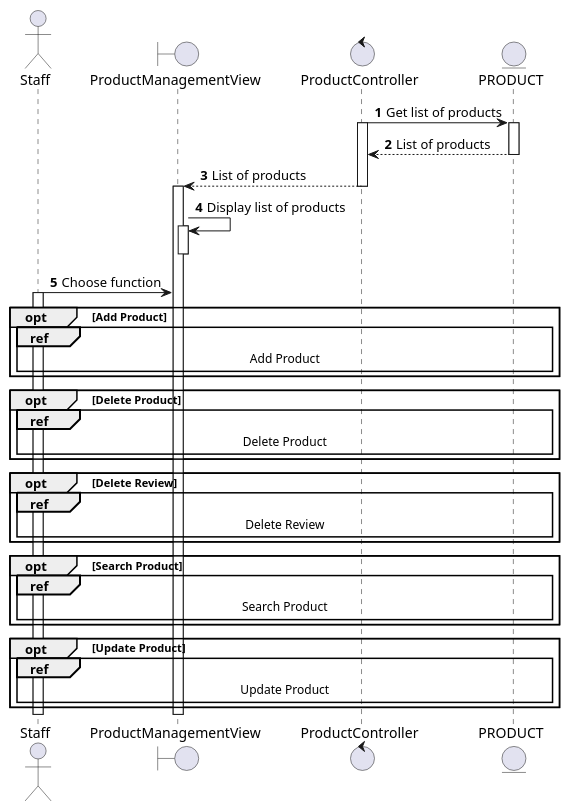
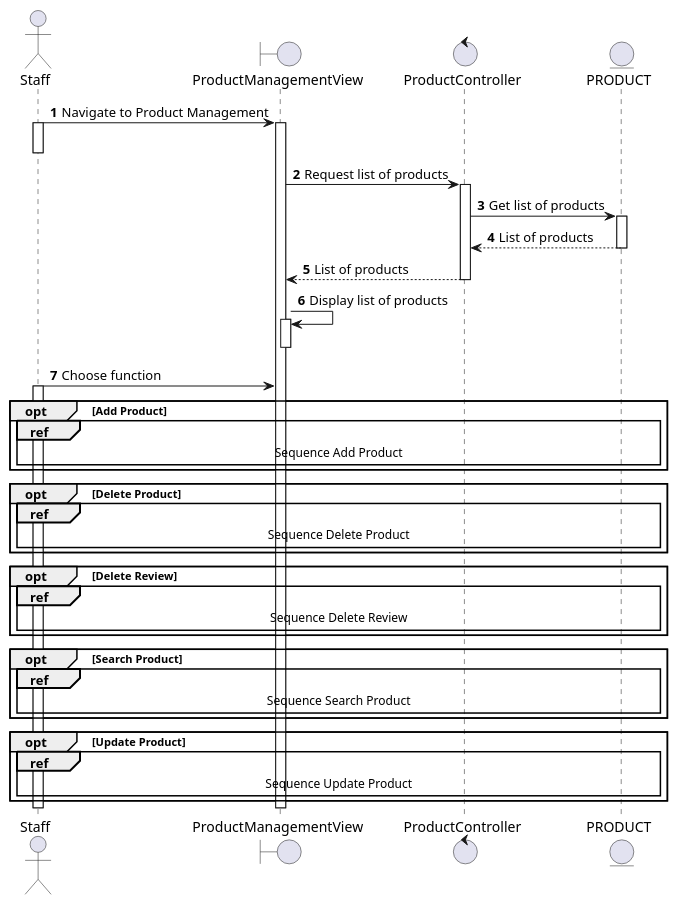
The diagram in docs/software-docs/sequence/manage-product/manage-product.md (electricilies/electricilies.github.io), drawn with PlantUML before and after one commit. The commit also changed 16 other files, not shown here.

Commit message:
refactor: sequence diagrams start from user side, and some minor

````diff
--- a/docs/software-docs/sequence/manage-product/manage-product.md
+++ b/docs/software-docs/sequence/manage-product/manage-product.md
@@ -3,49 +3,53 @@
 ```plantuml
 @startuml
 autonumber
 
 actor Staff as S
 boundary ProductManagementView as PMV
 control ProductController as PC
 entity PRODUCT as P
 
+S -> PMV: Navigate to Product Management
+activate S
+activate PMV
+deactivate S
+PMV -> PC: Request list of products
+activate PC
 PC -> P: Get list of products
-activate PC
 activate P
 PC <-- P: List of products
 deactivate P
 PMV <-- PC: List of products
 deactivate PC
-activate PMV
 PMV -> PMV: Display list of products
 activate PMV
 deactivate PMV
 
 S -> PMV: Choose function
 activate S
 
 opt Add Product
-  ref over S, P: Add Product
+  ref over S, P: Sequence Add Product
 end
 
 opt Delete Product
-  ref over S, P: Delete Product
+  ref over S, P: Sequence Delete Product
 end
 
 opt Delete Review
-  ref over S, P: Delete Review
+  ref over S, P: Sequence Delete Review
 end
 
 opt Search Product
-  ref over S, P: Search Product
+  ref over S, P: Sequence Search Product
 end
 
 opt Update Product
-  ref over S, P: Update Product
+  ref over S, P: Sequence Update Product
 end
 
 deactivate PMV
 deactivate S
 
 @enduml
 ```
````
